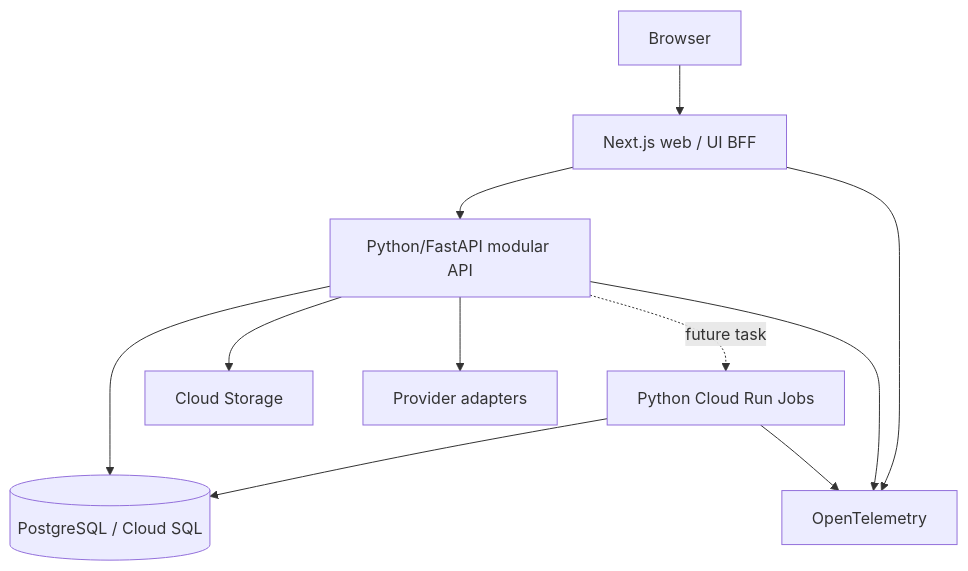
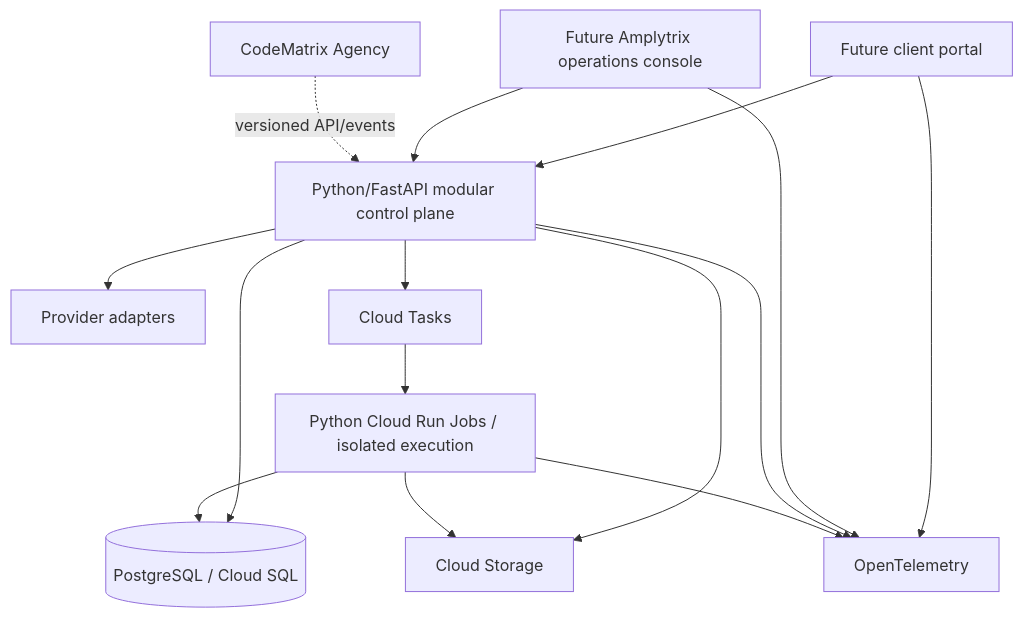
Before and after one commit to anderzilla/amplytrix: the diagram in docs/architecture/c4-containers.md, drawn with Mermaid. The commit also changed other lines of this file and 83 other files, not shown here.

Commit message:
feat(architecture): establish project-governed phase zero

````diff
--- a/docs/architecture/c4-containers.md
+++ b/docs/architecture/c4-containers.md
@@ -3,13 +3,17 @@
 ```mermaid
 flowchart TB
-  browser["Browser"] --> web["Next.js web / UI BFF"]
-  web --> api["Python/FastAPI modular API"]
+  client["Future client portal"] --> api["Python/FastAPI modular control plane"]
+  ops["Future Amplytrix operations console"] --> api
   api --> db[("PostgreSQL / Cloud SQL")]
   api --> storage["Cloud Storage"]
   api --> providers["Provider adapters"]
-  jobs["Python Cloud Run Jobs"] --> db
-  api -. "future task" .-> jobs
-  web --> telemetry["OpenTelemetry"]
+  api --> tasks["Cloud Tasks"]
+  tasks --> jobs["Python Cloud Run Jobs / isolated execution"]
+  jobs --> db
+  jobs --> storage
+  agency["CodeMatrix Agency"] -. "versioned API/events" .-> api
+  client --> telemetry["OpenTelemetry"]
+  ops --> telemetry
   api --> telemetry
   jobs --> telemetry
 ```
````
